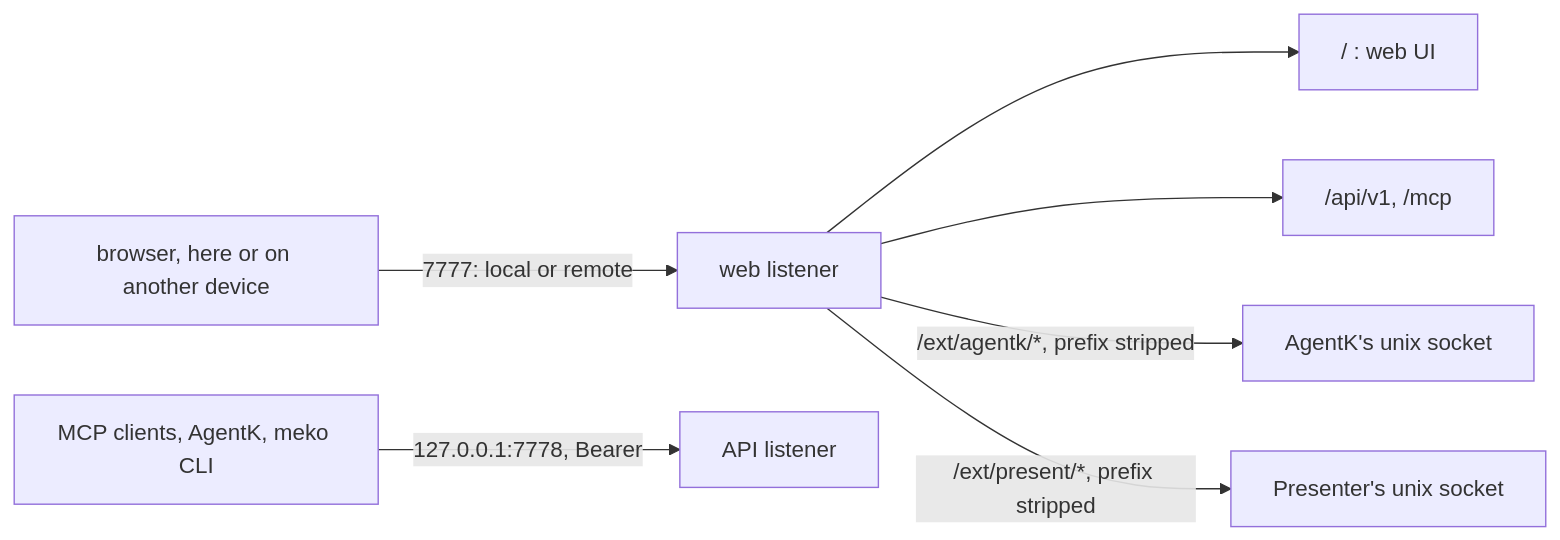
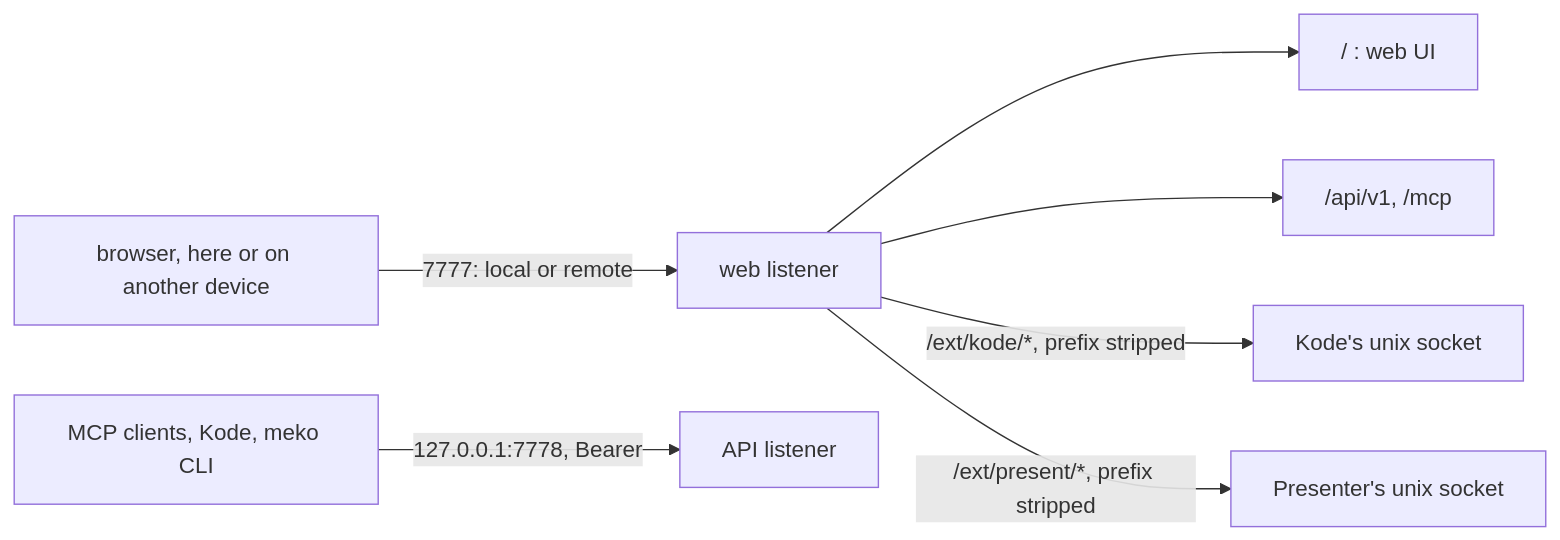
One commit to yugabyte/meko changed the diagram in src/meko/docs/web.md. Above: the diagram before and after it, drawn with Mermaid. The commit also changed other lines of this file and 428 other files, not shown here.

````diff
--- a/src/meko/docs/web.md
+++ b/src/meko/docs/web.md
@@ -9,9 +9,9 @@
 ```mermaid
 flowchart LR
   b["browser, here or on another device"] -->|"7777: local or remote"| web["web listener"]
   web --> ui["/ : web UI"]
   web --> data["/api/v1, /mcp"]
-  web -->|"/ext/agentk/*, prefix stripped"| sock["AgentK's unix socket"]
+  web -->|"/ext/kode/*, prefix stripped"| sock["Kode's unix socket"]
   web -->|"/ext/present/*, prefix stripped"| psock["Presenter's unix socket"]
-  agents["MCP clients, AgentK, meko CLI"] -->|"127.0.0.1:7778, Bearer"| api["API listener"]
+  agents["MCP clients, Kode, meko CLI"] -->|"127.0.0.1:7778, Bearer"| api["API listener"]
 ```
````
